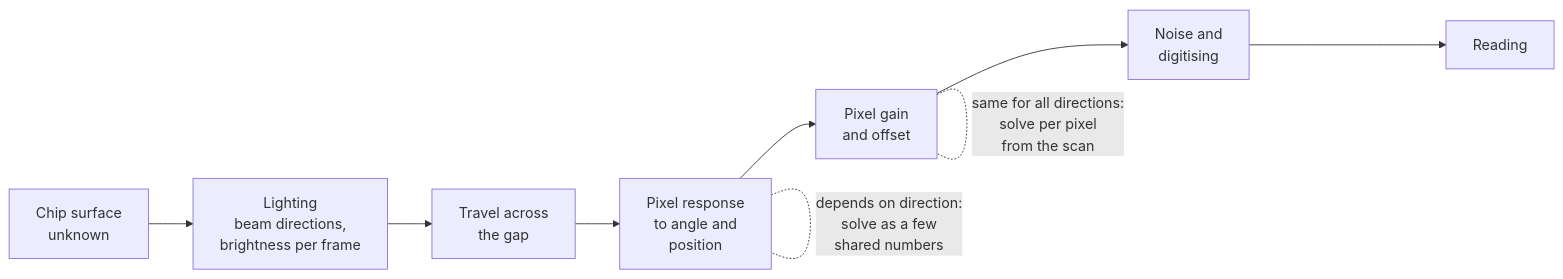
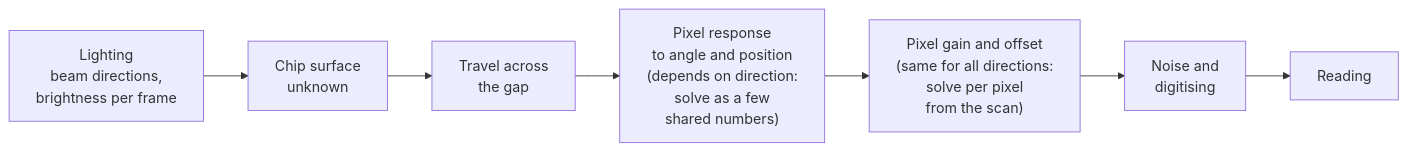
One commit to mithro/ccd-superres changed the diagram in docs/research/beamforming.md. Above: the diagram before and after it, drawn with Mermaid. The commit also changed other lines of this file and 15 other files, not shown here.

````diff
--- a/docs/research/beamforming.md
+++ b/docs/research/beamforming.md
@@ -932,13 +1003,11 @@
 ```mermaid
 flowchart LR
+    L["Lighting<br/>beam directions,<br/>brightness per frame"]
     S["Chip surface<br/>unknown"]
-    L["Lighting<br/>beam directions,<br/>brightness per frame"]
     P["Travel across<br/>the gap"]
-    A["Pixel response<br/>to angle and<br/>position"]
-    G["Pixel gain<br/>and offset"]
+    A["Pixel response<br/>to angle and position<br/>(depends on direction:<br/>solve as a few<br/>shared numbers)"]
+    G["Pixel gain and offset<br/>(same for all directions:<br/>solve per pixel<br/>from the scan)"]
     N["Noise and<br/>digitising"]
     D["Reading"]
-    S --> L --> P --> A --> G --> N --> D
-    A -.-|"depends on direction:<br/>solve as a few<br/>shared numbers"| A
-    G -.-|"same for all directions:<br/>solve per pixel<br/>from the scan"| G
+    L --> S --> P --> A --> G --> N --> D
 ```
````
